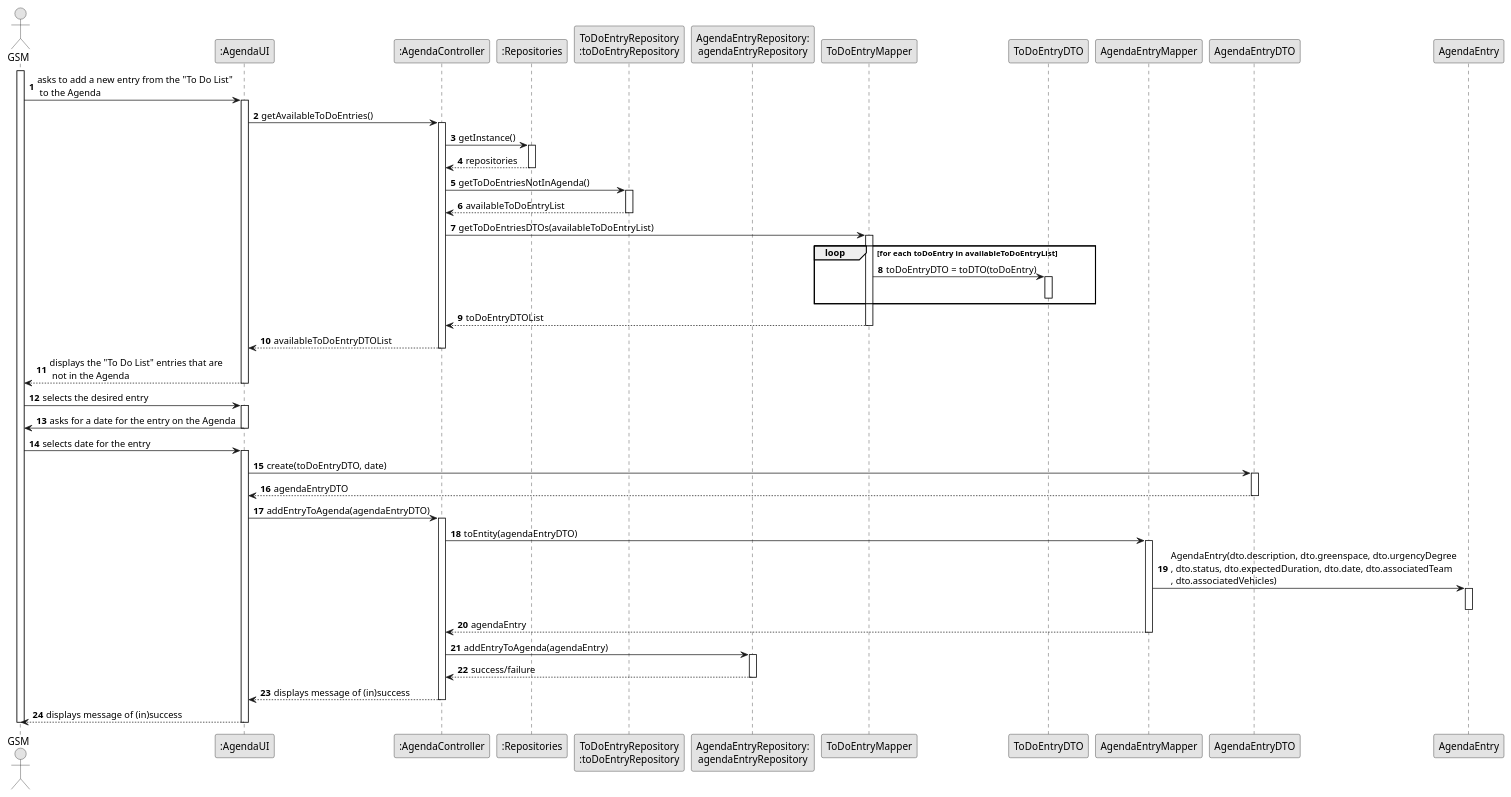
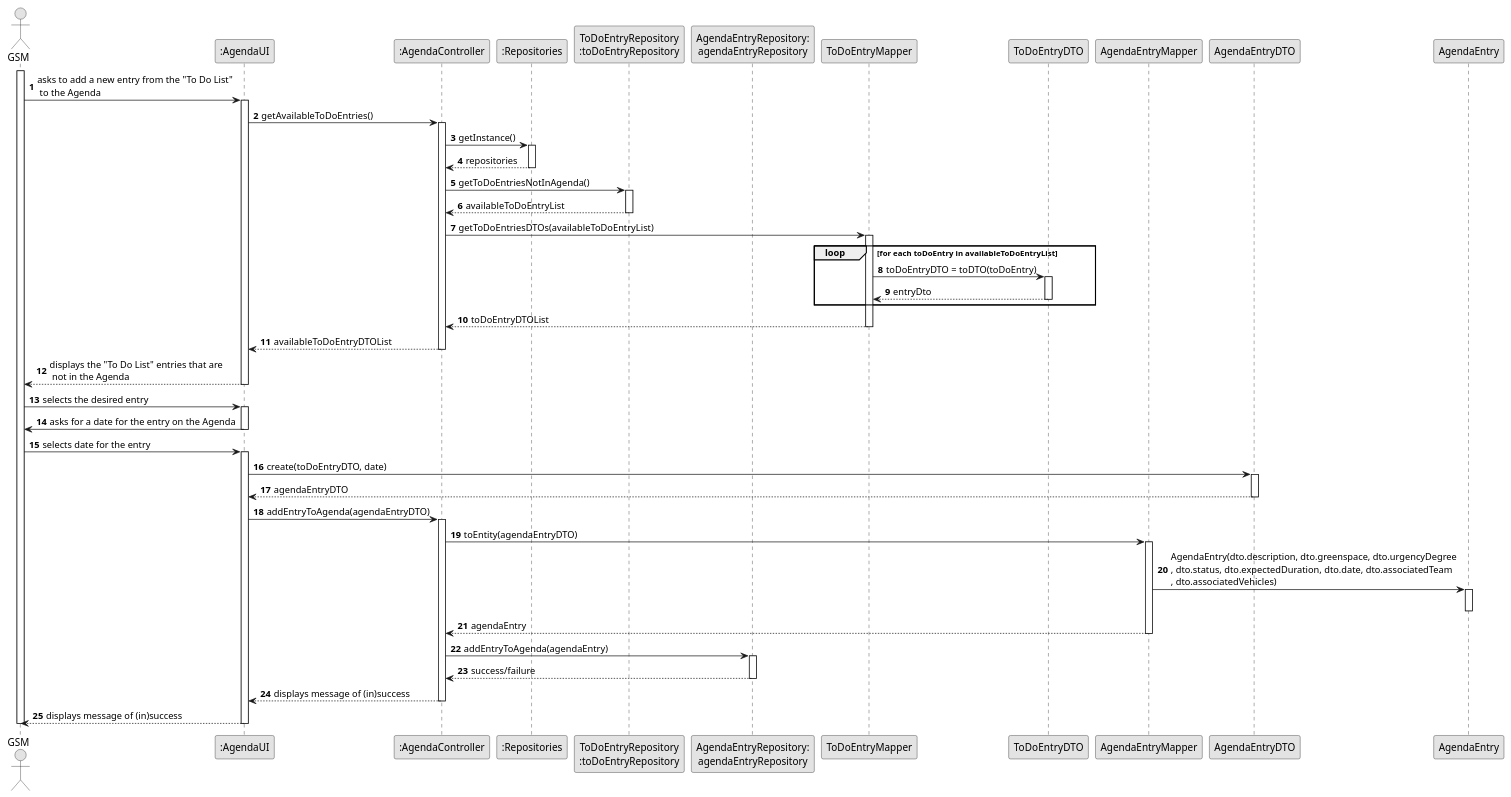
The diagram in docs/sprintC/us022/03.design/puml/us022-sequence-diagram-full.puml (Departamento-de-Engenharia-Informatica/lei-24-s2-1do-g164), drawn with PlantUML before and after one commit. The commit also changed 4 other files, not shown here.

```diff
--- a/docs/sprintC/us022/03.design/puml/us022-sequence-diagram-full.puml
+++ b/docs/sprintC/us022/03.design/puml/us022-sequence-diagram-full.puml
@@ -1,96 +1,97 @@
 @startuml
 skinparam monochrome true
 skinparam packageStyle rectangle
 skinparam shadowing false
 
 autonumber
 
 actor "GSM" as Employee
 participant ":AgendaUI" as UI
 participant ":AgendaController" as CTRL
 participant ":Repositories" as RepositorySingleton
 participant "ToDoEntryRepository\n:toDoEntryRepository" as TaskRepo
 participant "AgendaEntryRepository:\nagendaEntryRepository"
 participant "ToDoEntryMapper"
 participant "ToDoEntryDTO"
 participant "AgendaEntryMapper"
 
 activate Employee
 
     Employee -> UI : asks to add a new entry from the "To Do List"\n to the Agenda
     activate UI
 
         UI -> CTRL : getAvailableToDoEntries()
         activate CTRL
 
             CTRL -> RepositorySingleton : getInstance()
             activate RepositorySingleton
 
                 RepositorySingleton --> CTRL: repositories
             deactivate RepositorySingleton
 
             CTRL -> TaskRepo : getToDoEntriesNotInAgenda()
             activate TaskRepo
 
                 TaskRepo --> CTRL : availableToDoEntryList
             deactivate TaskRepo
 
             CTRL -> "ToDoEntryMapper" : getToDoEntriesDTOs(availableToDoEntryList)
             activate "ToDoEntryMapper"
 
             loop for each toDoEntry in availableToDoEntryList
                 ToDoEntryMapper -> ToDoEntryDTO: toDoEntryDTO = toDTO(toDoEntry)
                 activate ToDoEntryDTO
+                ToDoEntryDTO --> ToDoEntryMapper: entryDto
                 deactivate ToDoEntryDTO
             end
 
             ToDoEntryMapper --> CTRL: toDoEntryDTOList
             deactivate ToDoEntryMapper
 
             CTRL --> UI : availableToDoEntryDTOList
         deactivate CTRL
 
         UI --> Employee : displays the "To Do List" entries that are\n not in the Agenda
     deactivate UI
 
     Employee -> UI : selects the desired entry
     activate UI
 
         UI -> Employee : asks for a date for the entry on the Agenda
     deactivate UI
 
     Employee -> UI : selects date for the entry
     activate UI
 
         UI -> AgendaEntryDTO : create(toDoEntryDTO, date)
         activate AgendaEntryDTO
         UI <-- AgendaEntryDTO : agendaEntryDTO
         deactivate AgendaEntryDTO
 
         UI -> CTRL : addEntryToAgenda(agendaEntryDTO)
         activate CTRL
 
             CTRL -> "AgendaEntryMapper" :toEntity(agendaEntryDTO)
             activate "AgendaEntryMapper"
 
                 AgendaEntryMapper -> AgendaEntry : AgendaEntry(dto.description, dto.greenspace, dto.urgencyDegree\n, dto.status, dto.expectedDuration, dto.date, dto.associatedTeam\n, dto.associatedVehicles)
                 activate AgendaEntry
                 deactivate AgendaEntry
                 AgendaEntryMapper --> CTRL : agendaEntry
             deactivate "AgendaEntryMapper"
 
             CTRL -> "AgendaEntryRepository:\nagendaEntryRepository" : addEntryToAgenda(agendaEntry)
             activate "AgendaEntryRepository:\nagendaEntryRepository"
 
                 "AgendaEntryRepository:\nagendaEntryRepository" --> CTRL : success/failure
             deactivate "AgendaEntryRepository:\nagendaEntryRepository"
 
             CTRL --> UI : displays message of (in)success
         deactivate CTRL
 
         UI --> Employee : displays message of (in)success
     deactivate UI
 
 deactivate Employee
 
 @enduml
```
